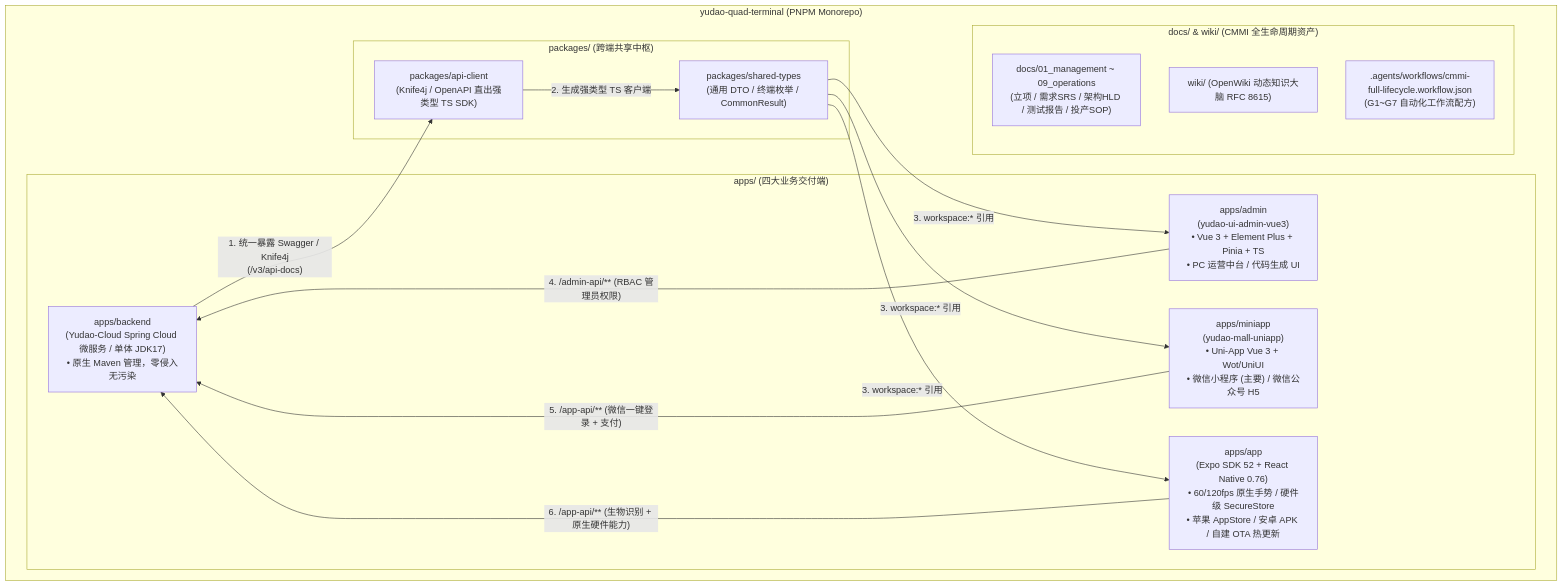
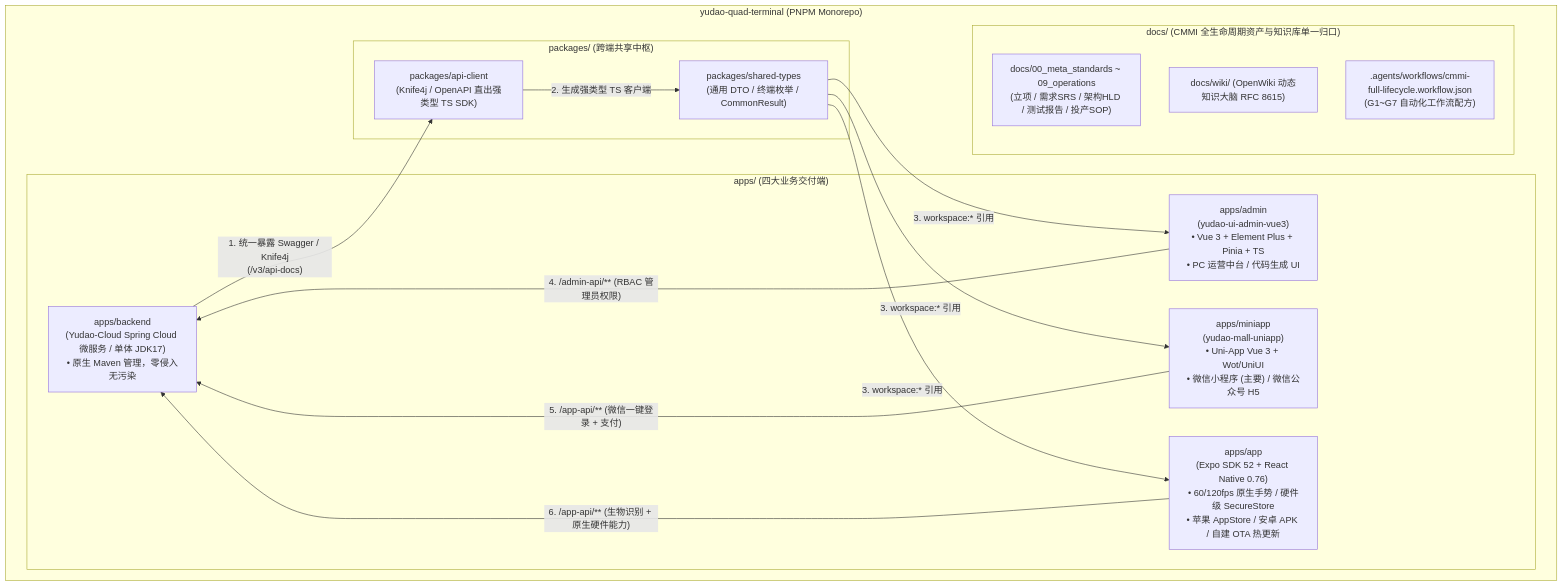
Before and after one commit to xaicd/yudao-quad-terminal: the diagram in README.md, drawn with Mermaid. The commit also changed other lines of this file and 149 other files, not shown here.

````diff
--- a/README.md
+++ b/README.md
@@ -35,32 +36,32 @@
 ```mermaid
 graph TD
     subgraph Root["yudao-quad-terminal (PNPM Monorepo)"]
         subgraph Apps["apps/ (四大业务交付端)"]
             Backend["apps/backend<br>(Yudao-Cloud Spring Cloud 微服务 / 单体 JDK17)<br>• 原生 Maven 管理，零侵入无污染"]
             Admin["apps/admin<br>(yudao-ui-admin-vue3)<br>• Vue 3 + Element Plus + Pinia + TS<br>• PC 运营中台 / 代码生成 UI"]
             MiniApp["apps/miniapp<br>(yudao-mall-uniapp)<br>• Uni-App Vue 3 + Wot/UniUI<br>• 微信小程序 (主要) / 微信公众号 H5"]
             ExpoApp["apps/app<br>(Expo SDK 52 + React Native 0.76)<br>• 60/120fps 原生手势 / 硬件级 SecureStore<br>• 苹果 AppStore / 安卓 APK / 自建 OTA 热更新"]
         end
 
         subgraph Packages["packages/ (跨端共享中枢)"]
             ApiClient["packages/api-client<br>(Knife4j / OpenAPI 直出强类型 TS SDK)"]
             SharedTypes["packages/shared-types<br>(通用 DTO / 终端枚举 / CommonResult<T>)"]
         end
 
-        subgraph Governance["docs/ & wiki/ (CMMI 全生命周期资产)"]
-            Docs["docs/01_management ~ 09_operations<br>(立项 / 需求SRS / 架构HLD / 测试报告 / 投产SOP)"]
-            Wiki["wiki/ (OpenWiki 动态知识大脑 RFC 8615)"]
+        subgraph Governance["docs/ (CMMI 全生命周期资产与知识库单一归口)"]
+            Docs["docs/00_meta_standards ~ 09_operations<br>(立项 / 需求SRS / 架构HLD / 测试报告 / 投产SOP)"]
+            Wiki["docs/wiki/ (OpenWiki 动态知识大脑 RFC 8615)"]
             Workflow[".agents/workflows/cmmi-full-lifecycle.workflow.json<br>(G1~G7 自动化工作流配方)"]
         end
     end
 
     Backend -->|"1. 统一暴露 Swagger / Knife4j<br>(/v3/api-docs)"| ApiClient
     ApiClient -->|"2. 生成强类型 TS 客户端"| SharedTypes
     SharedTypes -->|"3. workspace:* 引用"| Admin
     SharedTypes -->|"3. workspace:* 引用"| MiniApp
     SharedTypes -->|"3. workspace:* 引用"| ExpoApp
 
     Admin -->|"4. /admin-api/** (RBAC 管理员权限)"| Backend
     MiniApp -->|"5. /app-api/** (微信一键登录 + 支付)"| Backend
     ExpoApp -->|"6. /app-api/** (生物识别 + 原生硬件能力)"| Backend
 ```
````
